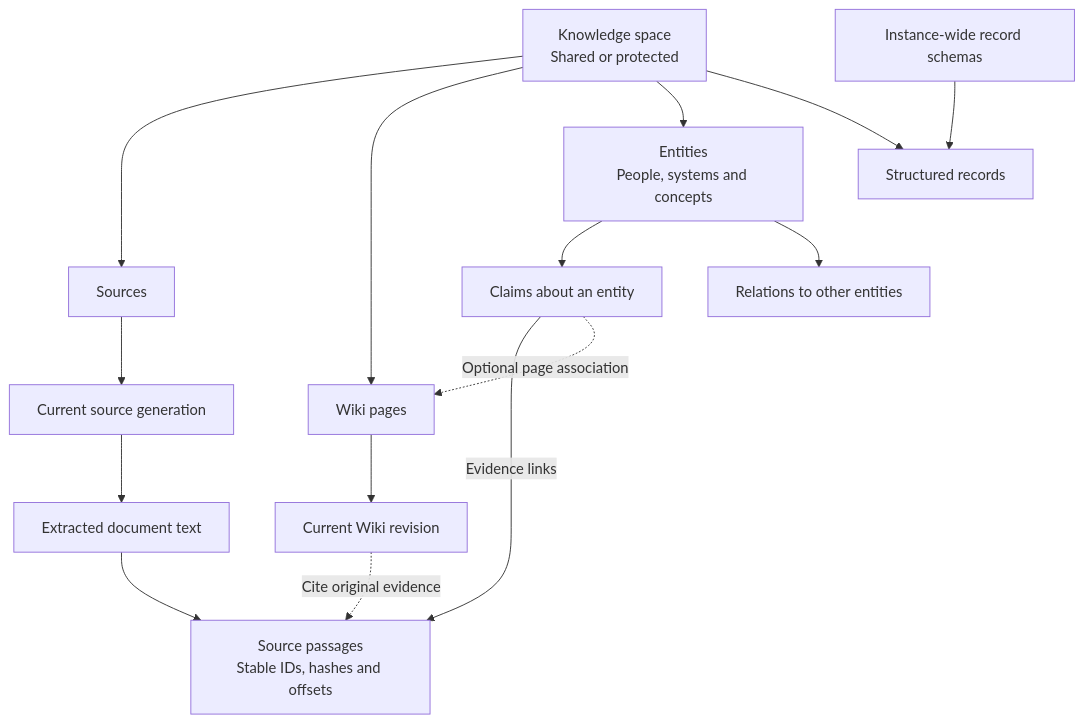
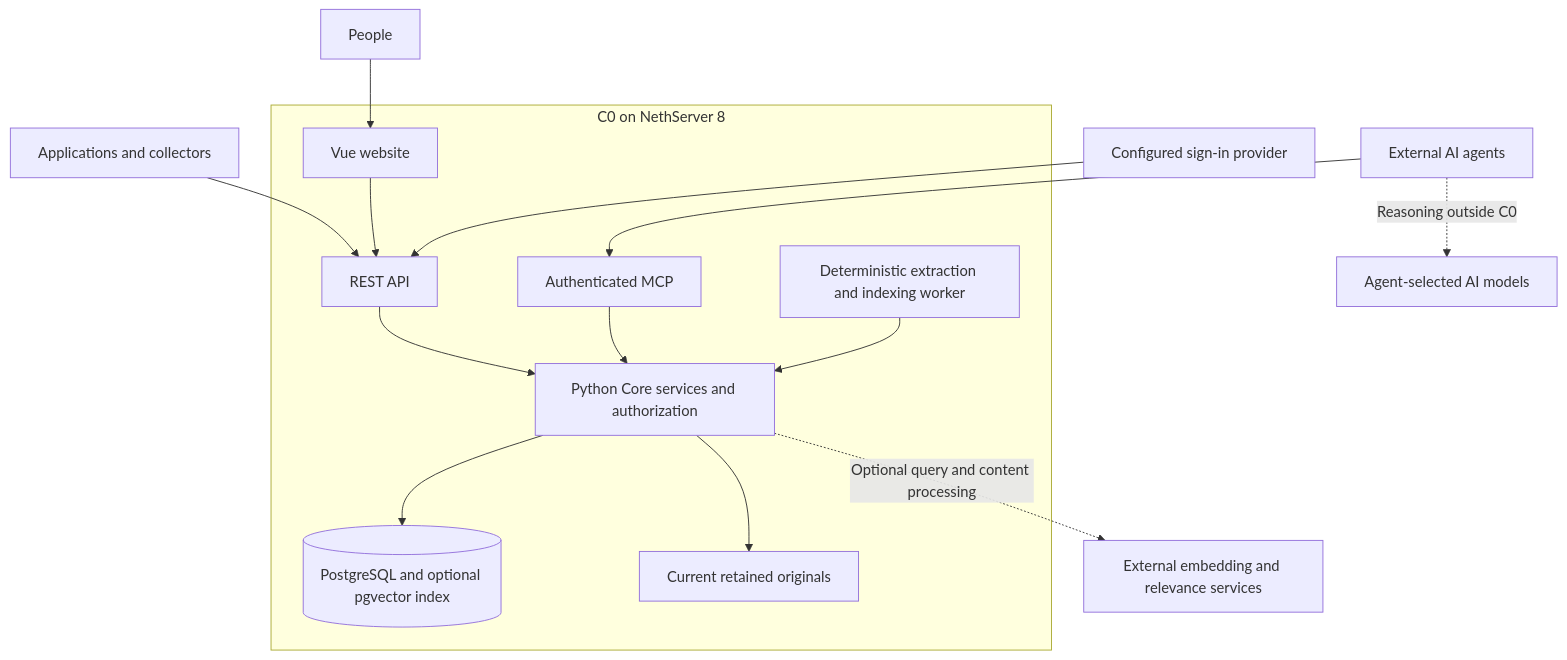
The second of 2 diagrams in README.md (Stell0/ns8-czero), drawn with Mermaid before and after one commit. The commit also changed other lines of this file and 22 other files, not shown here.

````diff
--- a/README.md
+++ b/README.md
@@ -180,18 +76,17 @@
 ```mermaid
 flowchart TB
-    Space["Knowledge space<br/>Shared or protected"]
-    Space --> Source[Sources]
-    Source --> Version[Current source generation]
-    Version --> Document[Extracted document text]
-    Document --> Chunk["Source passages<br/>Stable IDs, hashes and offsets"]
-    Space --> Page[Wiki pages]
-    Page --> Revision[Current Wiki revision]
-    Revision -. Cite original evidence .-> Chunk
-    Space --> Entity["Entities<br/>People, systems and concepts"]
-    Entity --> Claim[Claims about an entity]
-    Claim -->|Evidence links| Chunk
-    Claim -. Optional page association .-> Page
-    Entity --> Relation[Relations to other entities]
-    Space --> Record[Structured records]
-    Type[Instance-wide record schemas] --> Record
+    People[People] --> Website[Vue website]
+    Agents[External AI agents] --> MCP[Authenticated MCP]
+    Clients[Applications and collectors] --> REST[REST API]
+    subgraph C0["C0 on NethServer 8"]
+        Website --> REST
+        REST --> Core[Python Core services and authorization]
+        MCP --> Core
+        Worker[Deterministic extraction and indexing worker] --> Core
+        Core --> DB[(PostgreSQL and optional pgvector index)]
+        Core --> Files[Current retained originals]
+    end
+    Core -. Optional query and content processing .-> Providers[External embedding and relevance services]
+    Identity[Configured sign-in provider] --> REST
+    Agents -. Reasoning outside C0 .-> Models[Agent-selected AI models]
 ```
````
